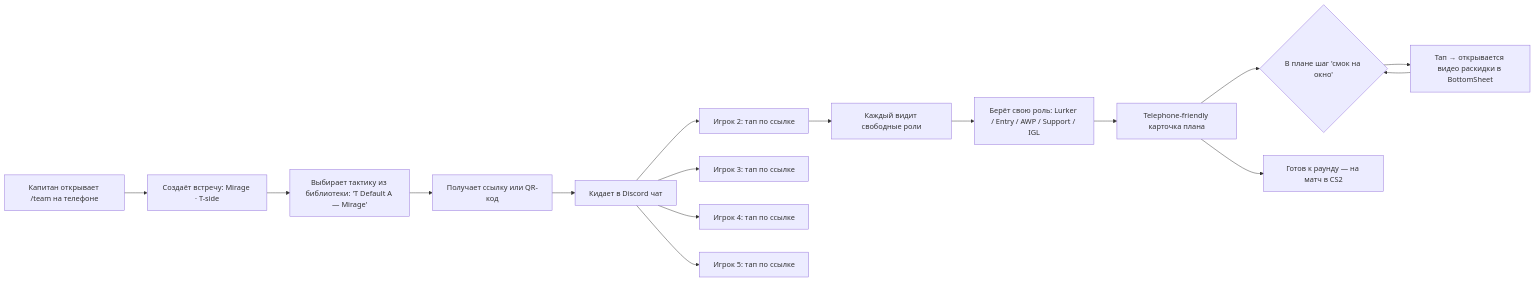
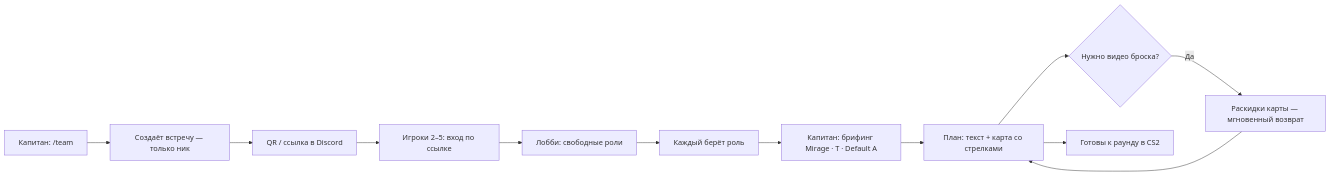
The second of 3 diagrams in PLAN_TEAM_TACTICS.md (shamilramasanov/cs_utility), drawn with Mermaid before and after one commit. The commit also changed other lines of this file and 51 other files, not shown here.

First line of the commit message:
feat(team): тактики, встречи и навигация тактика/раскидки

````diff
--- a/PLAN_TEAM_TACTICS.md
+++ b/PLAN_TEAM_TACTICS.md
@@ -21,18 +84,14 @@
 ```mermaid
 flowchart LR
-    A[Капитан открывает /team на телефоне] --> B[Создаёт встречу: Mirage · T-side]
-    B --> C[Выбирает тактику из библиотеки: 'T Default A — Mirage']
-    C --> D[Получает ссылку или QR-код]
-    D --> E[Кидает в Discord чат]
-    E --> F1[Игрок 2: тап по ссылке]
-    E --> F2[Игрок 3: тап по ссылке]
-    E --> F3[Игрок 4: тап по ссылке]
-    E --> F4[Игрок 5: тап по ссылке]
-    F1 --> G[Каждый видит свободные роли]
-    G --> H[Берёт свою роль: Lurker / Entry / AWP / Support / IGL]
-    H --> I[Telephone-friendly карточка плана]
-    I --> J{В плане шаг 'смок на окно'}
-    J --> K[Тап → открывается видео раскидки в BottomSheet]
-    K --> J
-    I --> L[Готов к раунду — на матч в CS2]
+    A[Капитан: /team] --> B[Создаёт встречу — только ник]
+    B --> C[QR / ссылка в Discord]
+    C --> D[Игроки 2–5: вход по ссылке]
+    D --> E[Лобби: свободные роли]
+    E --> F[Каждый берёт роль]
+    F --> G[Капитан: брифинг Mirage · T · Default A]
+    G --> H[План: текст + карта со стрелками]
+    H --> I{Нужно видео броска?}
+    I -->|Да| J[Раскидки карты — мгновенный возврат]
+    J --> H
+    H --> K[Готовы к раунду в CS2]
 ```
````
